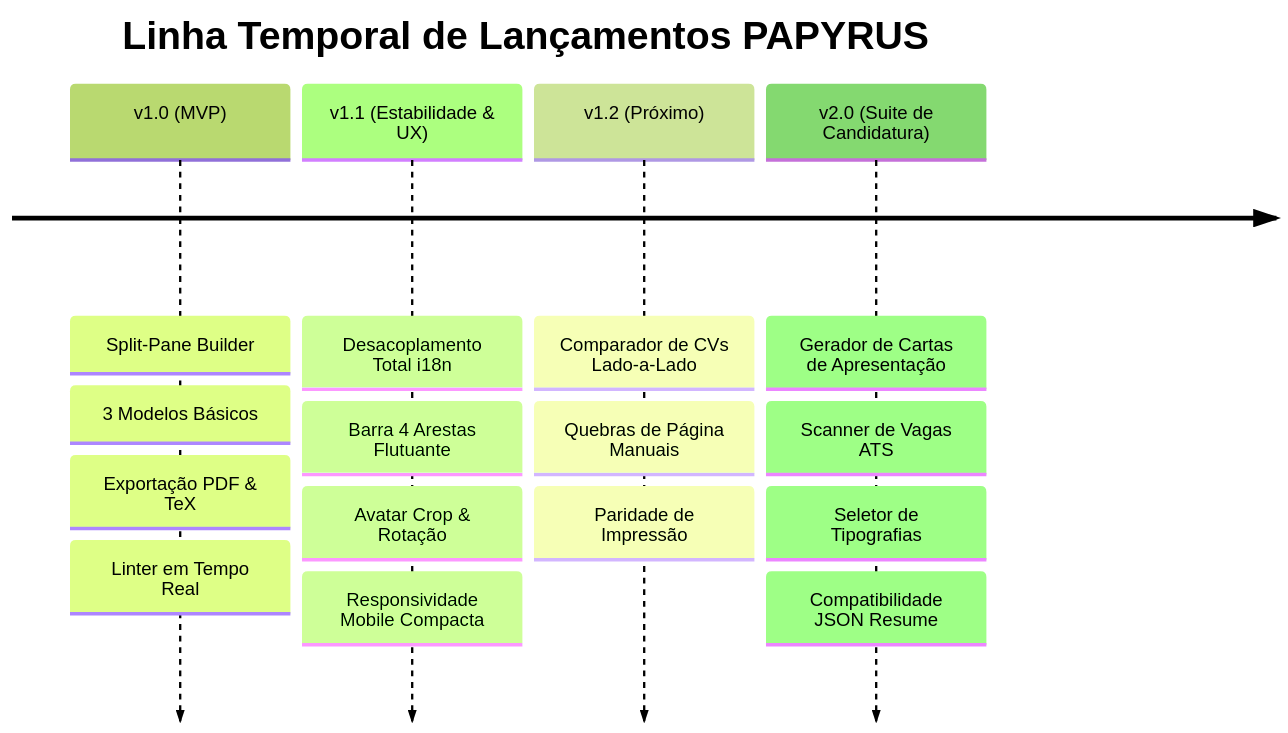
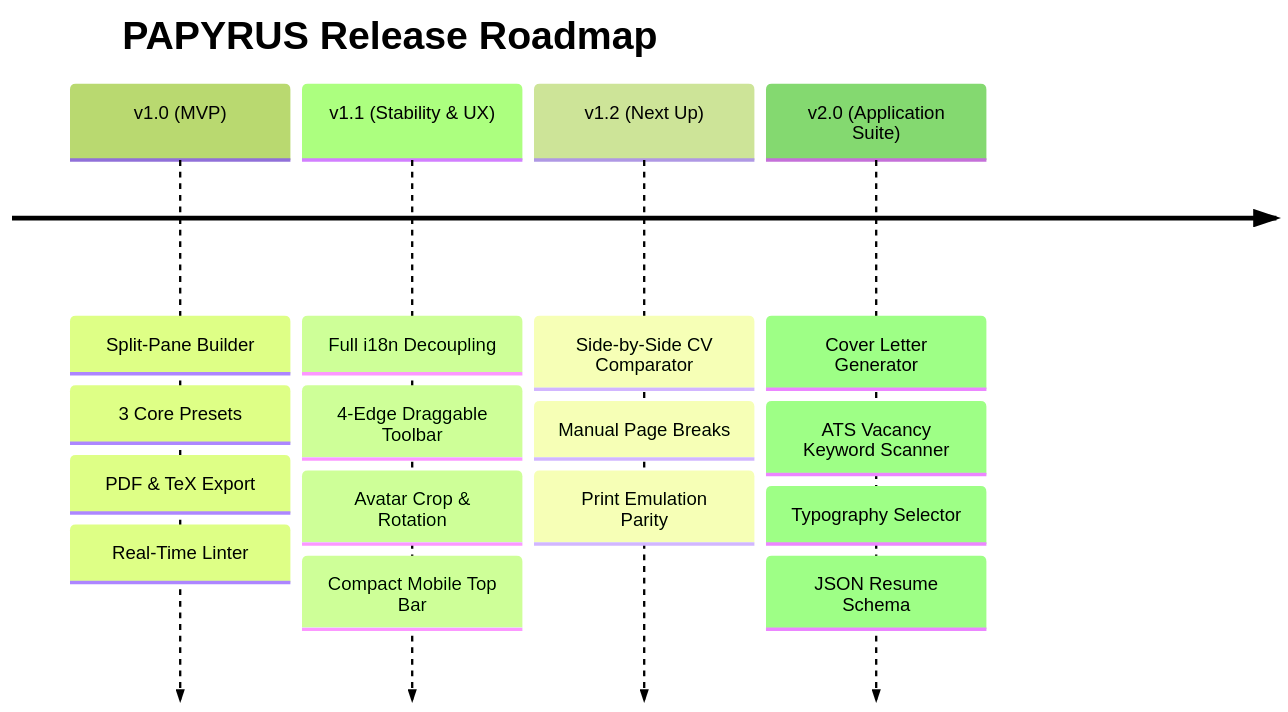
One commit to ruivalente99/papyrus changed the diagram in board.md. Above: the diagram before and after it, drawn with Mermaid (forest theme). The commit also changed other lines of this file and 3 other files, not shown here.

````diff
--- a/board.md
+++ b/board.md
@@ -134,19 +134,19 @@
 ```mermaid
 timeline
-    title Linha Temporal de Lançamentos PAPYRUS
+    title PAPYRUS Release Roadmap
     v1.0 (MVP) : Split-Pane Builder
-               : 3 Modelos Básicos
-               : Exportação PDF & TeX
-               : Linter em Tempo Real
-    v1.1 (Estabilidade & UX) : Desacoplamento Total i18n
-                             : Barra 4 Arestas Flutuante
-                             : Avatar Crop & Rotação
-                             : Responsividade Mobile Compacta
-    v1.2 (Próximo) : Comparador de CVs Lado-a-Lado
-                   : Quebras de Página Manuais
-                   : Paridade de Impressão
-    v2.0 (Suite de Candidatura) : Gerador de Cartas de Apresentação
-                                : Scanner de Vagas ATS
-                                : Seletor de Tipografias
-                                : Compatibilidade JSON Resume
+               : 3 Core Presets
+               : PDF & TeX Export
+               : Real-Time Linter
+    v1.1 (Stability & UX) : Full i18n Decoupling
+                          : 4-Edge Draggable Toolbar
+                          : Avatar Crop & Rotation
+                          : Compact Mobile Top Bar
+    v1.2 (Next Up) : Side-by-Side CV Comparator
+                   : Manual Page Breaks
+                   : Print Emulation Parity
+    v2.0 (Application Suite) : Cover Letter Generator
+                             : ATS Vacancy Keyword Scanner
+                             : Typography Selector
+                             : JSON Resume Schema
 ```
````
